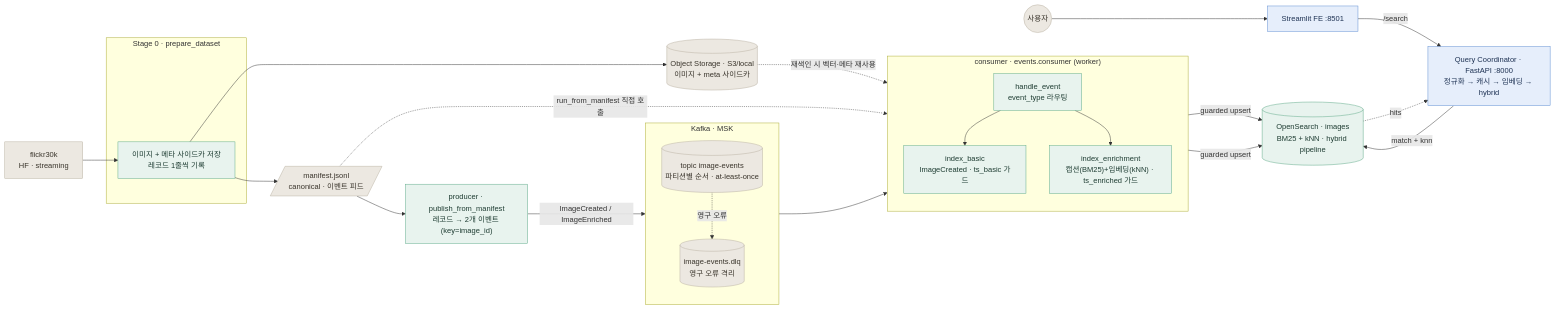
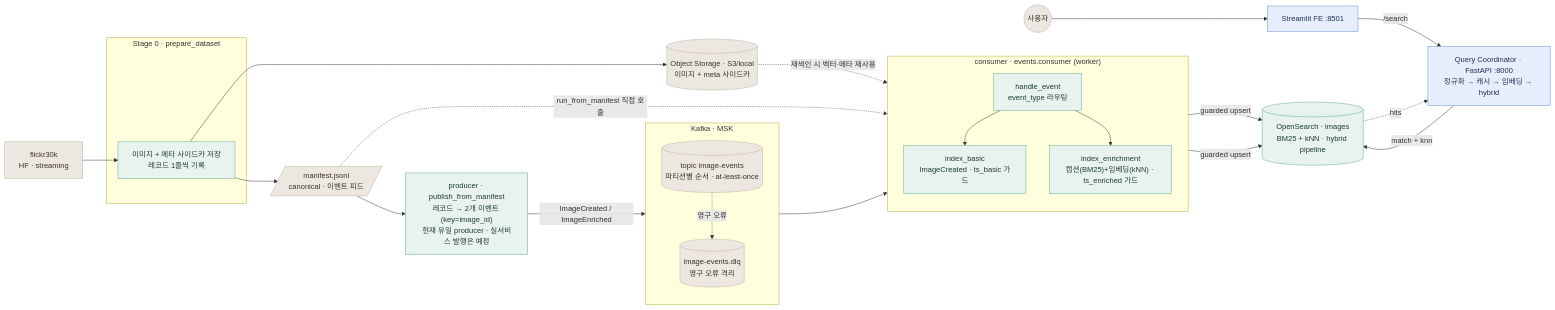
Before and after one commit to seohyun-lee/hybrid-search-system: the first of 2 diagrams in README.md, drawn with Mermaid. The commit also changed other lines of this file, not shown here.

````diff
--- a/README.md
+++ b/README.md
@@ -10,57 +10,57 @@
 ```mermaid
 flowchart LR
   classDef sehyun fill:#e8f3ee,stroke:#5aa886,color:#1f3d33;
   classDef aerim  fill:#e6eefb,stroke:#5b8bd0,color:#1f3354;
   classDef data   fill:#ece8e1,stroke:#b8b0a0,color:#3a352c;
 
   HF["flickr30k<br/>HF · streaming"]:::data
   U(("사용자")):::data
 
   subgraph S0["Stage 0 · prepare_dataset"]
     P["이미지 + 메타 사이드카 저장<br/>레코드 1줄씩 기록"]:::sehyun
   end
 
   ST[("Object Storage · S3/local<br/>이미지 + meta 사이드카")]:::data
   MF[/"manifest.jsonl<br/>canonical · 이벤트 피드"/]:::data
 
-  PUB["producer · publish_from_manifest<br/>레코드 → 2개 이벤트 (key=image_id)"]:::sehyun
+  PUB["producer · publish_from_manifest<br/>레코드 → 2개 이벤트 (key=image_id)<br/>현재 유일 producer · 실서비스 발행은 예정"]:::sehyun
 
   subgraph KAFKA["Kafka · MSK"]
     direction TB
     KT[("topic image-events<br/>파티션별 순서 · at-least-once")]:::data
     DLQ[("image-events.dlq<br/>영구 오류 격리")]:::data
   end
 
   subgraph CON["consumer · events.consumer (worker)"]
     direction TB
     HE["handle_event<br/>event_type 라우팅"]:::sehyun
     IB["index_basic<br/>ImageCreated · ts_basic 가드"]:::sehyun
     IE["index_enrichment<br/>캡션(BM25)+임베딩(kNN) · ts_enriched 가드"]:::sehyun
     HE --> IB
     HE --> IE
   end
 
   OS[("OpenSearch · images<br/>BM25 + kNN · hybrid pipeline")]:::sehyun
   QC["Query Coordinator · FastAPI :8000<br/>정규화 → 캐시 → 임베딩 → hybrid"]:::aerim
   FE["Streamlit FE :8501"]:::aerim
 
   %% --- write path (event-driven) ---
   HF --> P
   P --> ST
   P --> MF
   MF --> PUB
   PUB -->|ImageCreated / ImageEnriched| KT
   KT --> HE
   KT -. 영구 오류 .-> DLQ
   ST -. 재색인 시 벡터·메타 재사용 .-> IE
   IB -->|guarded upsert| OS
   IE -->|guarded upsert| OS
 
   %% --- 직접 색인 (Kafka 우회 · 개발/백필) ---
   MF -. run_from_manifest 직접 호출 .-> CON
 
   %% --- read path ---
   U --> FE -->|/search| QC
   QC -->|match + knn| OS
   OS -. hits .-> QC
 ```
````
